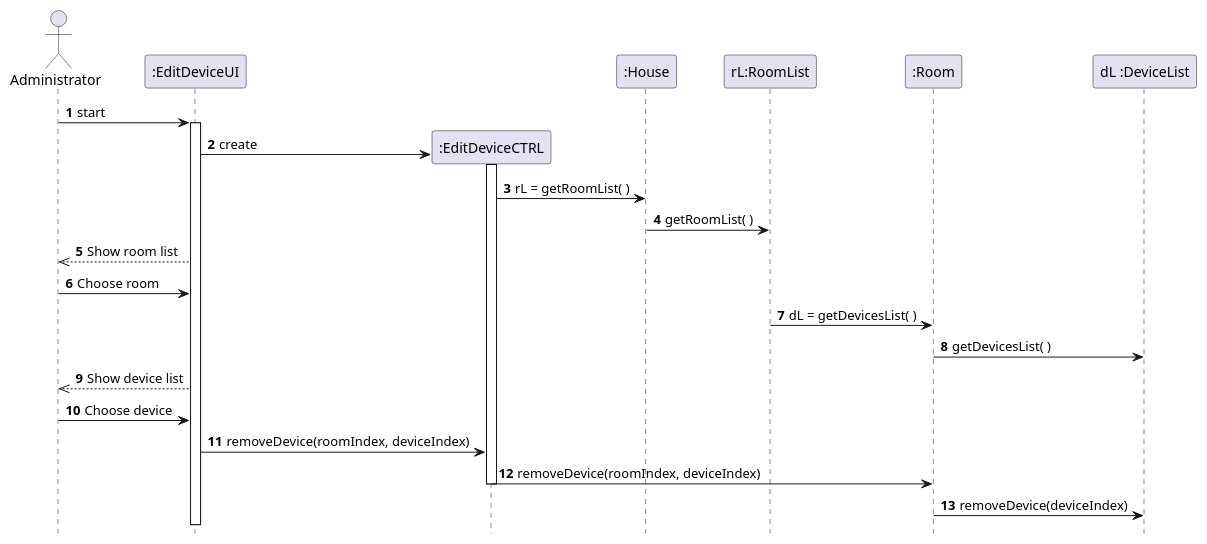
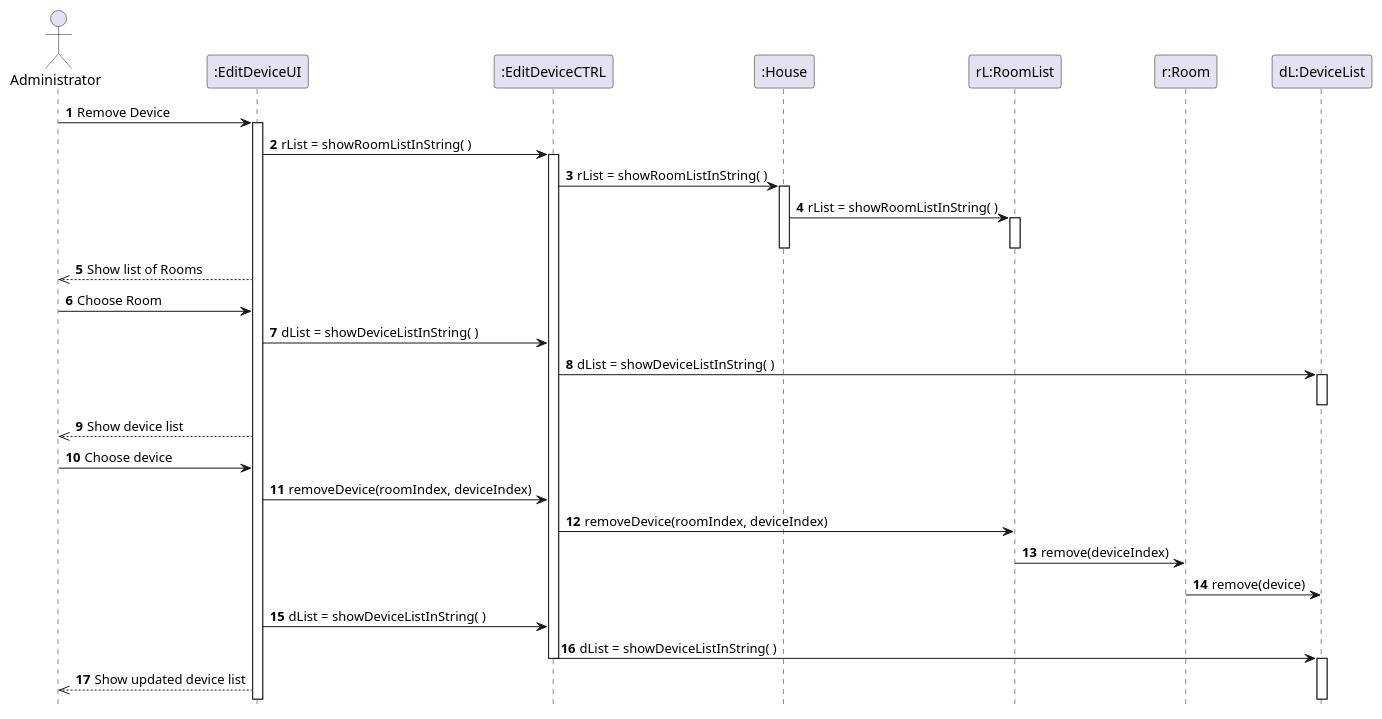
Before and after one commit to emanuel-pereira/hou: the diagram in src/main/java/smarthome/uml/sequencediagrams/RemoveDeviceSequence.puml, drawn with PlantUML. The commit also changed 1 other file, not shown here.

Commit message:
Sequence Diagram updates for US220; US222;

```diff
--- a/src/main/java/smarthome/uml/sequencediagrams/RemoveDeviceSequence.puml
+++ b/src/main/java/smarthome/uml/sequencediagrams/RemoveDeviceSequence.puml
@@ -1,36 +1,55 @@
 @startuml
 autonumber
 hidefootbox
 
 actor Administrator
+participant ":EditDeviceUI" order 1
+participant ":EditDeviceCTRL" order 2
+participant ":House" order 3
+participant "rL:RoomList" order 4
+participant "r:Room" order 5
+participant "dL:DeviceList" order 6
 
-Administrator -> ":EditDeviceUI": start
+Administrator -> ":EditDeviceUI": Remove Device
 
-create ":EditDeviceCTRL"
 activate ":EditDeviceUI"
-":EditDeviceUI" -> ":EditDeviceCTRL": create
+":EditDeviceUI" -> ":EditDeviceCTRL": rList = showRoomListInString( )
 
 activate ":EditDeviceCTRL"
-":EditDeviceCTRL" -> ":House": rL = getRoomList( )
+":EditDeviceCTRL" -> ":House": rList = showRoomListInString( )
 
-":House" -> "rL:RoomList": getRoomList( )
+activate ":House"
+":House" -> "rL:RoomList": rList = showRoomListInString( )
+activate "rL:RoomList"
+deactivate "rL:RoomList"
+deactivate ":House"
 
-Administrator <<-- ":EditDeviceUI": Show room list
+Administrator <<-- ":EditDeviceUI": Show list of Rooms
+Administrator -> ":EditDeviceUI": Choose Room
 
-Administrator -> ":EditDeviceUI": Choose room
-
-"rL:RoomList" -> ":Room": dL = getDevicesList( )
-
-":Room" -> "dL :DeviceList": getDevicesList( )
+'":EditDeviceCTRL" -> "r:Room": dL = getDeviceList( )
+":EditDeviceUI" -> ":EditDeviceCTRL": dList = showDeviceListInString( )
+":EditDeviceCTRL" -> "dL:DeviceList": dList = showDeviceListInString( )
+activate "dL:DeviceList"
+deactivate "dL:DeviceList"
 
 Administrator <<-- ":EditDeviceUI": Show device list
 
 Administrator -> ":EditDeviceUI": Choose device
 
 ":EditDeviceUI" -> ":EditDeviceCTRL": removeDevice(roomIndex, deviceIndex)
+":EditDeviceCTRL" -> "rL:RoomList": removeDevice(roomIndex, deviceIndex)
+"rL:RoomList" -> "r:Room": remove(deviceIndex)
+"r:Room" -> "dL:DeviceList": remove(device)
 
-":EditDeviceCTRL" -> ":Room": removeDevice(roomIndex, deviceIndex)
+'device = room.getDeviceList().get(deviceIndex)
+":EditDeviceUI" -> ":EditDeviceCTRL": dList = showDeviceListInString( )
+":EditDeviceCTRL" -> "dL:DeviceList": dList = showDeviceListInString( )
 deactivate ":EditDeviceCTRL"
-":Room" -> "dL :DeviceList": removeDevice(deviceIndex)
+activate "dL:DeviceList"
+deactivate "dL:DeviceList"
+deactivate "r:Room"
+Administrator <<-- ":EditDeviceUI": Show updated device list
+deactivate ":EditDeviceCTRL"
 
 @enduml
```
